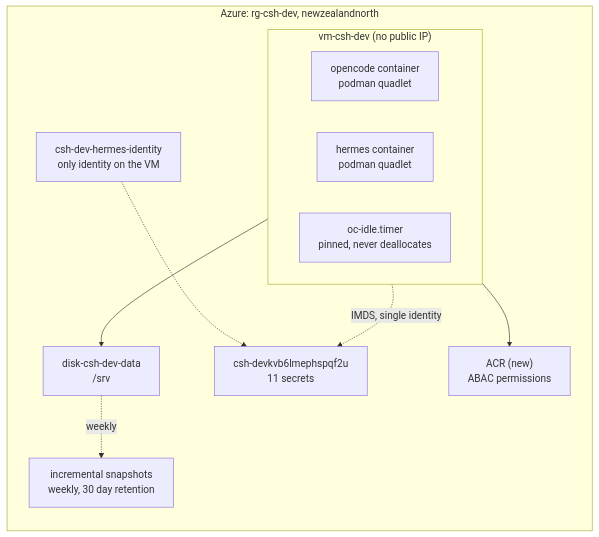
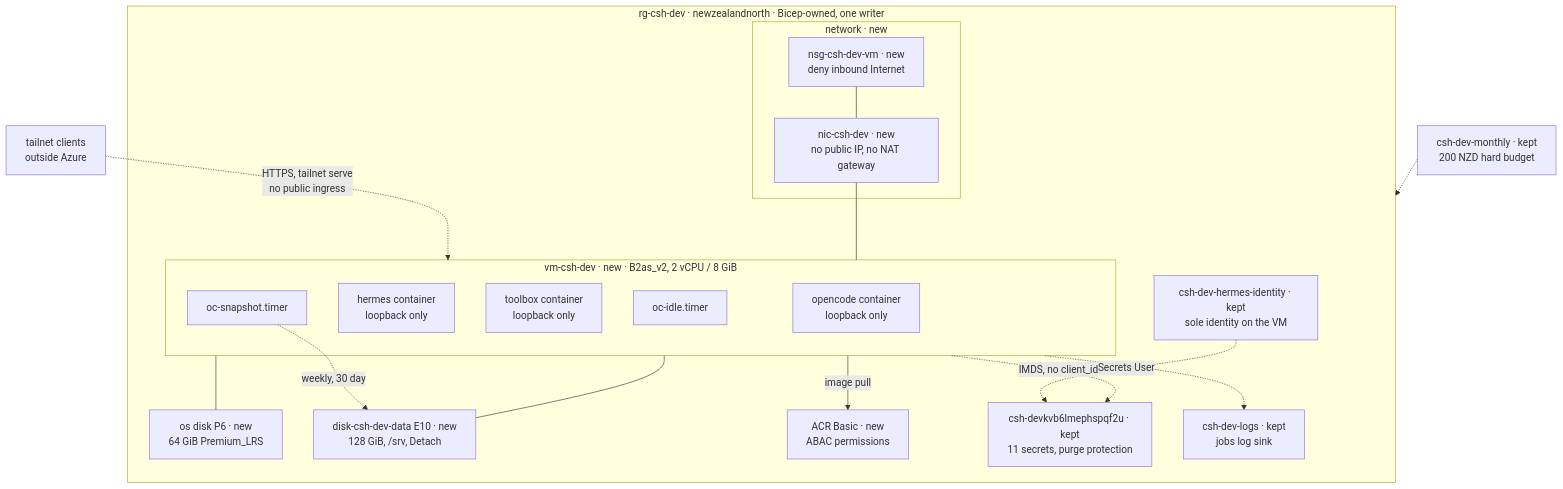
One commit to ultus-net/devbox-oc changed the first of 2 diagrams in docs/deployment-plan.md. Above: the diagram before and after it, drawn with Mermaid. The commit also changed other lines of this file and 2 other files, not shown here.

Commit message:
docs: redraw the shape diagram around Azure resources

````diff
--- a/docs/deployment-plan.md
+++ b/docs/deployment-plan.md
@@ -90,20 +93,39 @@
 ```mermaid
-flowchart LR
-  subgraph AZ["Azure: rg-csh-dev, newzealandnorth"]
-    subgraph VM["vm-csh-dev (no public IP)"]
-      OC["opencode container<br/>podman quadlet"]
-      HM["hermes container<br/>podman quadlet"]
-      IDLE["oc-idle.timer<br/>pinned, never deallocates"]
+flowchart TB
+  subgraph RG["rg-csh-dev · newzealandnorth · Bicep-owned, one writer"]
+    subgraph NET["network · new"]
+      NSG["nsg-csh-dev-vm · new<br/>deny inbound Internet"]
+      NIC["nic-csh-dev · new<br/>no public IP, no NAT gateway"]
     end
-    DD["disk-csh-dev-data<br/>/srv"]
-    KV["csh-devkvb6lmephspqf2u<br/>11 secrets"]
-    ID["csh-dev-hermes-identity<br/>only identity on the VM"]
-    ACR["ACR (new)<br/>ABAC permissions"]
-    SNAP["incremental snapshots<br/>weekly, 30 day retention"]
+
+    subgraph VMR["vm-csh-dev · new · B2as_v2, 2 vCPU / 8 GiB"]
+      OC["opencode container<br/>loopback only"]
+      HM["hermes container<br/>loopback only"]
+      TOOL["toolbox container<br/>loopback only"]
+      IDLE["oc-idle.timer"]
+      SNPT["oc-snapshot.timer"]
+    end
+
+    OS["os disk P6 · new<br/>64 GiB Premium_LRS"]
+    DD["disk-csh-dev-data E10 · new<br/>128 GiB, /srv, Detach"]
+    ACR["ACR Basic · new<br/>ABAC permissions"]
+    KV["csh-devkvb6lmephspqf2u · kept<br/>11 secrets, purge protection"]
+    LOG["csh-dev-logs · kept<br/>jobs log sink"]
+    ID["csh-dev-hermes-identity · kept<br/>sole identity on the VM"]
   end
-  VM --> DD
-  DD -.->|"weekly"| SNAP
-  VM -.->|"IMDS, single identity"| KV
-  ID -.-> KV
-  VM --> ACR
+
+  BUD["csh-dev-monthly · kept<br/>200 NZD hard budget"]
+  TS["tailnet clients<br/>outside Azure"]
+
+  TS -.->|"HTTPS, tailnet serve<br/>no public ingress"| VMR
+  NSG --- NIC
+  NIC --- VMR
+  VMR --- OS
+  VMR --- DD
+  SNPT -.->|"weekly, 30 day"| DD
+  VMR -.->|"IMDS, no client_id"| KV
+  ID -.->|"Secrets User"| KV
+  VMR -->|"image pull"| ACR
+  VMR -.-> LOG
+  BUD -.-> RG
 ```
````
